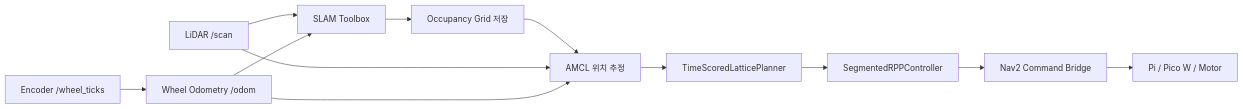
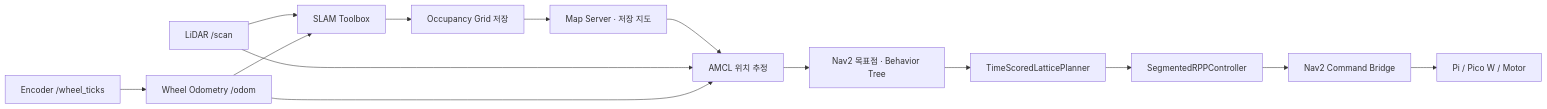
The second of 4 diagrams in README.md (jcy9066/dabom_capstone), drawn with Mermaid before and after one commit. The commit also changed other lines of this file, not shown here.

````diff
--- a/README.md
+++ b/README.md
@@ -142,14 +144,16 @@
 ```mermaid
 flowchart LR
     S["LiDAR /scan"] --> M["SLAM Toolbox"]
     O["Encoder /wheel_ticks"] --> W["Wheel Odometry /odom"]
     W --> M
     M --> MAP["Occupancy Grid 저장"]
-    MAP --> AMCL["AMCL 위치 추정"]
+    MAP --> MS["Map Server · 저장 지도"]
+    MS --> AMCL["AMCL 위치 추정"]
     S --> AMCL
     W --> AMCL
-    AMCL --> PLANNER["TimeScoredLatticePlanner"]
+    AMCL --> BT["Nav2 목표점 · Behavior Tree"]
+    BT --> PLANNER["TimeScoredLatticePlanner"]
     PLANNER --> CONTROL["SegmentedRPPController"]
     CONTROL --> BRIDGE["Nav2 Command Bridge"]
     BRIDGE --> PICO["Pi / Pico W / Motor"]
 ```
````
